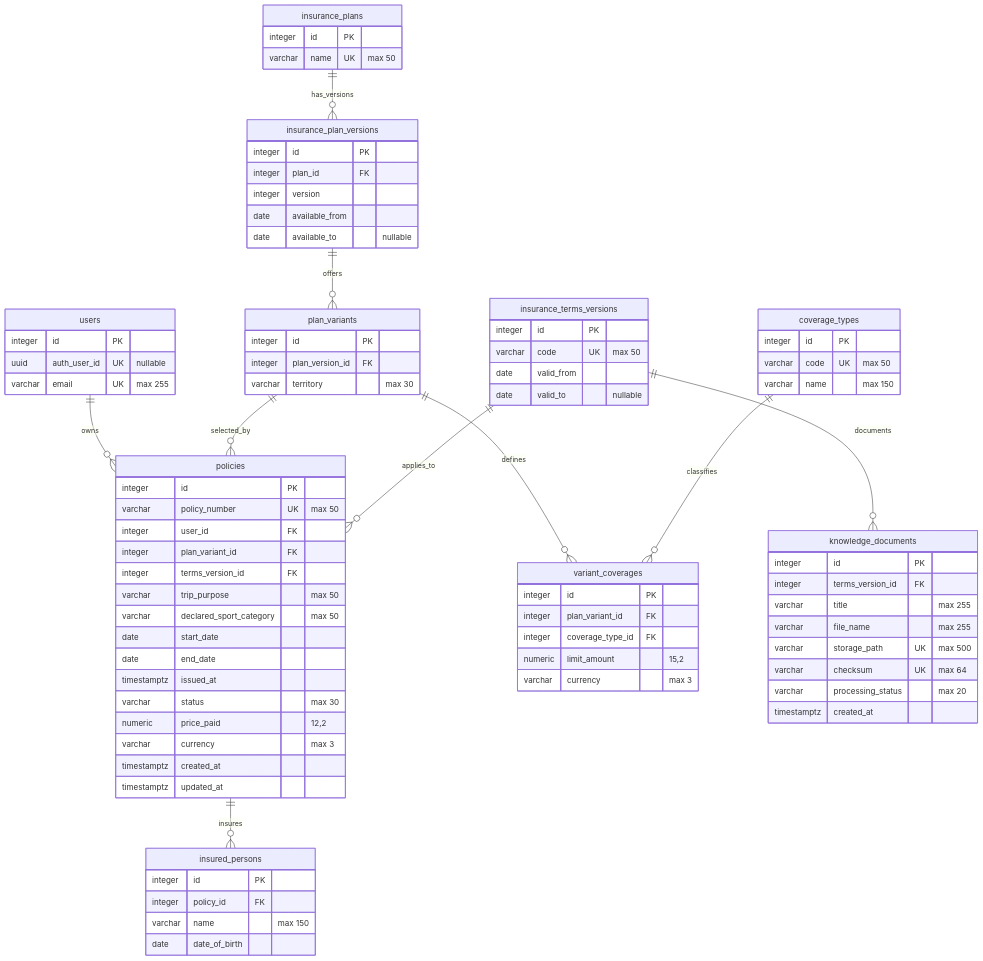
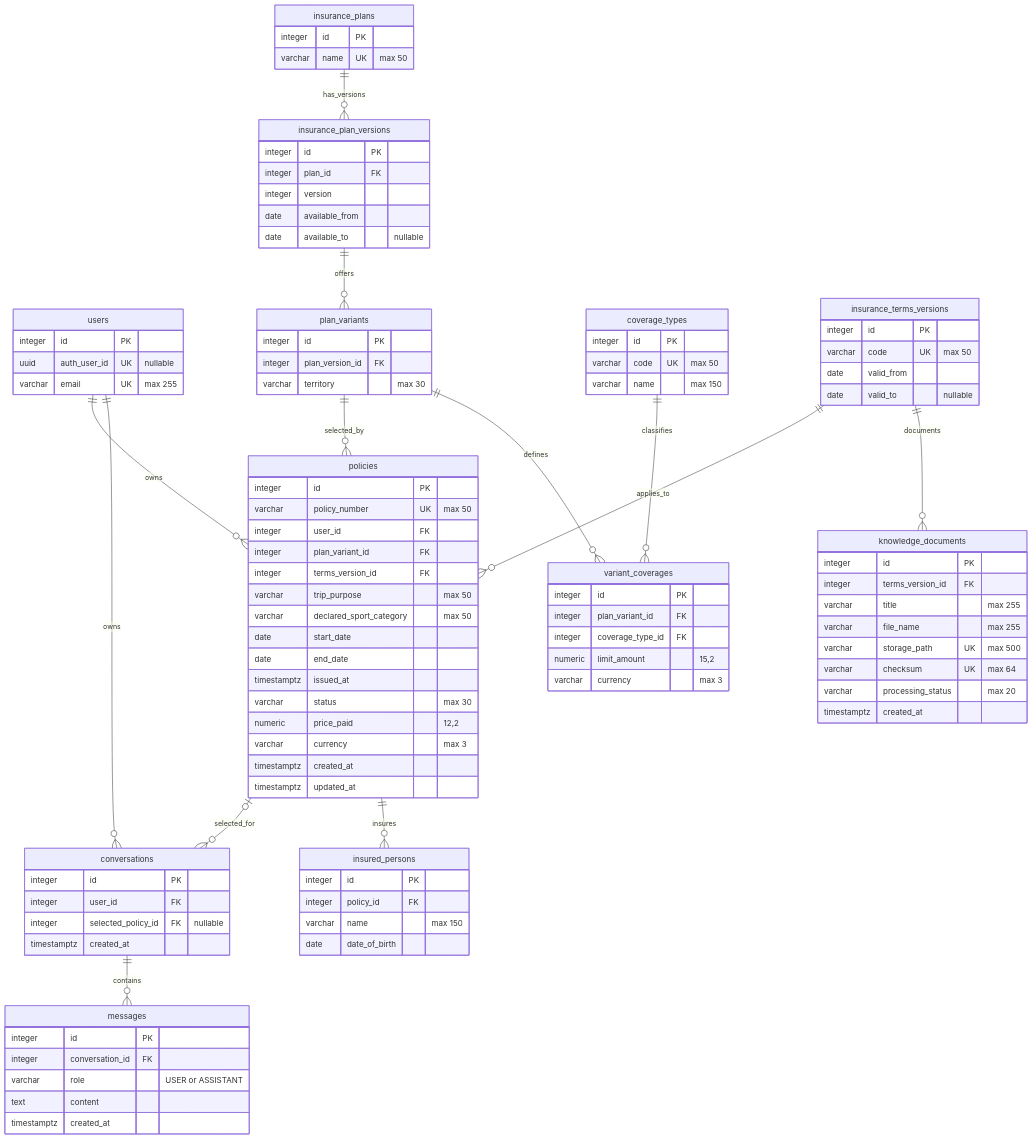
One commit to ubungmeister/travel-insurance-ai-advisor changed the diagram in docs/current-database-erd.md. Above: the diagram before and after it, drawn with Mermaid. The commit also changed other lines of this file and 8 other files, not shown here.

Commit message:
feat: add conversations and messages models with relationships and constraints

```diff
--- a/docs/current-database-erd.md
+++ b/docs/current-database-erd.md
@@ -5,6 +5,9 @@
 ~~~mermaid
 erDiagram
     users ||--o{ policies : owns
+    users ||--o{ conversations : owns
+    policies |o--o{ conversations : selected_for
+    conversations ||--o{ messages : contains
     policies ||--o{ insured_persons : insures
     insurance_plans ||--o{ insurance_plan_versions : has_versions
     insurance_plan_versions ||--o{ plan_variants : offers
@@ -18,6 +21,21 @@
         integer id PK
         uuid auth_user_id UK "nullable"
         varchar email UK "max 255"
+    }
+
+    conversations {
+        integer id PK
+        integer user_id FK
+        integer selected_policy_id FK "nullable"
+        timestamptz created_at
+    }
+
+    messages {
+        integer id PK
+        integer conversation_id FK
+        varchar role "USER or ASSISTANT"
+        text content
+        timestamptz created_at
     }
 
     policies {
```
